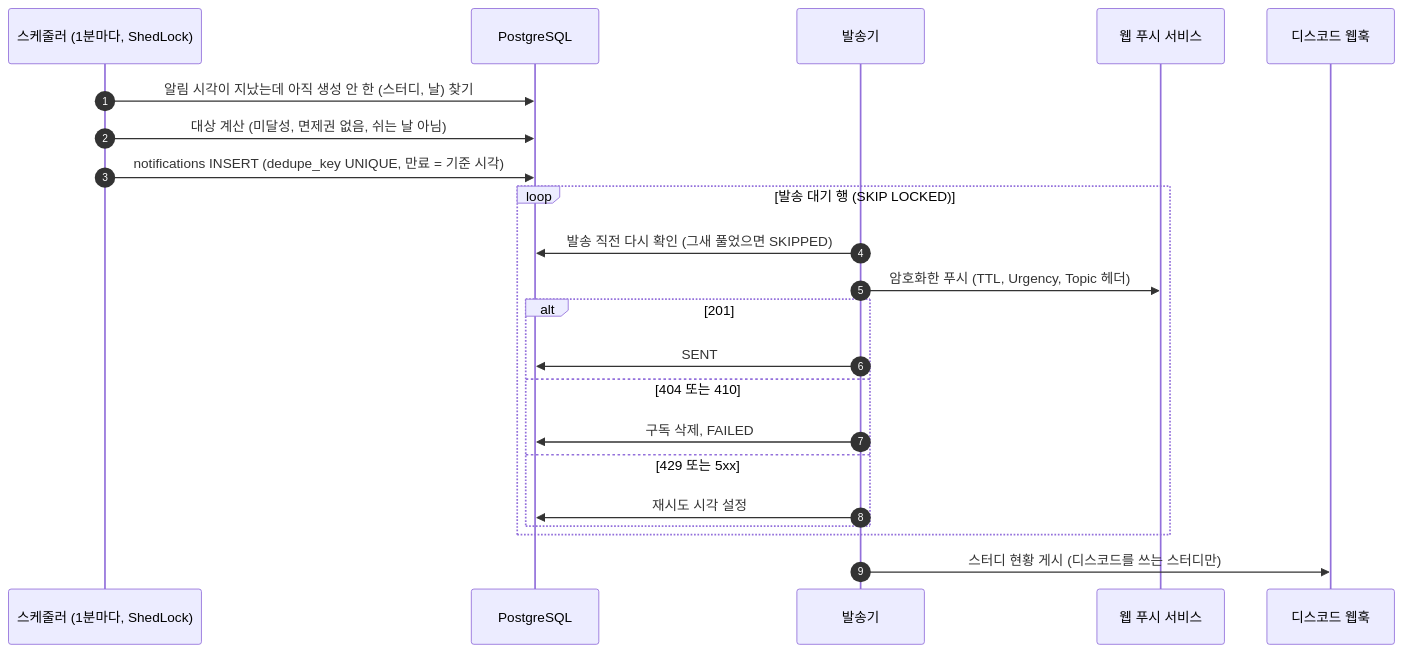
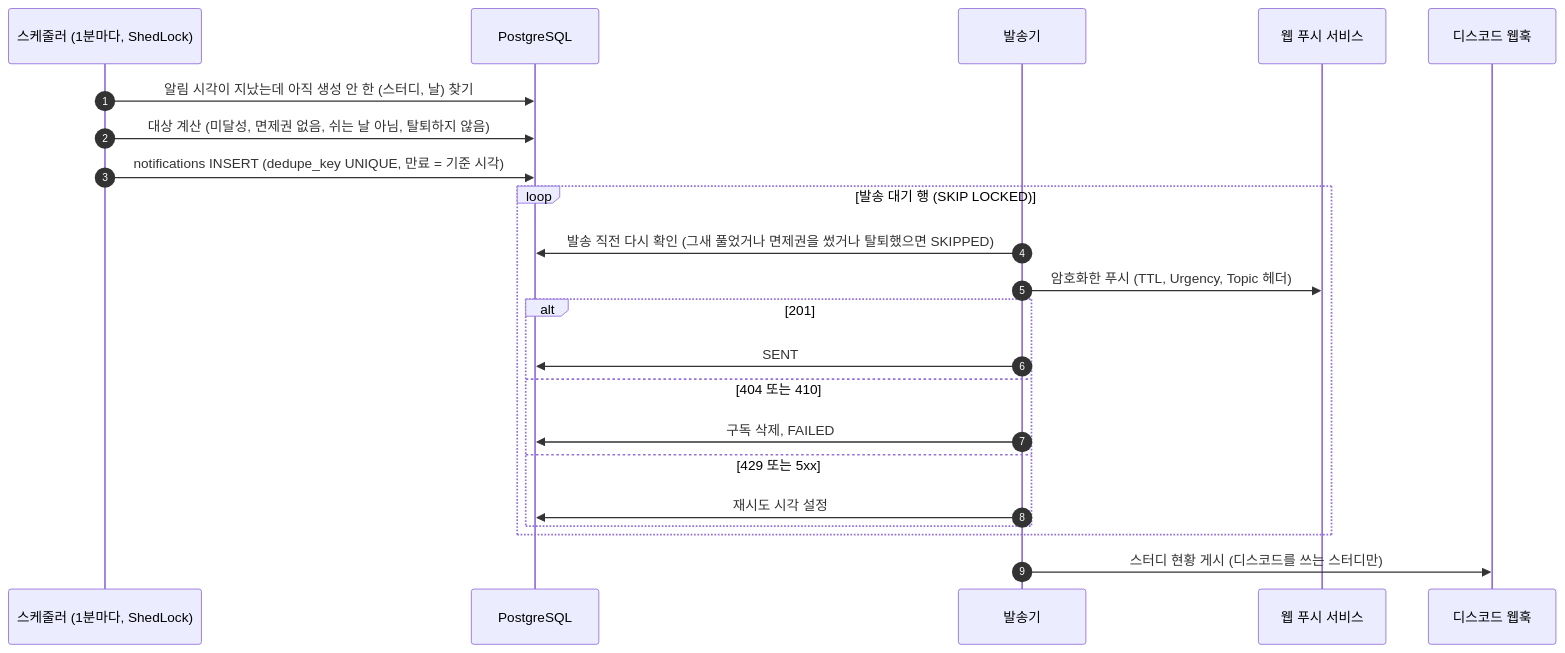
Before and after one commit to Duskafka/codingtest-harness: the first of 2 diagrams in docs/spec/processes/5.08-deadline-reminder.md, drawn with Mermaid. The commit also changed other lines of this file and 10 other files, not shown here.

````diff
--- a/docs/spec/processes/5.08-deadline-reminder.md
+++ b/docs/spec/processes/5.08-deadline-reminder.md
@@ -5,24 +5,24 @@
 ```mermaid
 sequenceDiagram
     autonumber
     participant T as 스케줄러 (1분마다, ShedLock)
     participant DB as PostgreSQL
     participant D as 발송기
     participant WP as 웹 푸시 서비스
     participant DC as 디스코드 웹훅
     T ->> DB: 알림 시각이 지났는데 아직 생성 안 한 (스터디, 날) 찾기
-    T ->> DB: 대상 계산 (미달성, 면제권 없음, 쉬는 날 아님)
+    T ->> DB: 대상 계산 (미달성, 면제권 없음, 쉬는 날 아님, 탈퇴하지 않음)
     T ->> DB: notifications INSERT (dedupe_key UNIQUE, 만료 = 기준 시각)
     loop 발송 대기 행 (SKIP LOCKED)
-        D ->> DB: 발송 직전 다시 확인 (그새 풀었으면 SKIPPED)
+        D ->> DB: 발송 직전 다시 확인 (그새 풀었거나 면제권을 썼거나 탈퇴했으면 SKIPPED)
         D ->> WP: 암호화한 푸시 (TTL, Urgency, Topic 헤더)
         alt 201
             D ->> DB: SENT
         else 404 또는 410
             D ->> DB: 구독 삭제, FAILED
         else 429 또는 5xx
             D ->> DB: 재시도 시각 설정
         end
     end
     D ->> DC: 스터디 현황 게시 (디스코드를 쓰는 스터디만)
 ```
````
